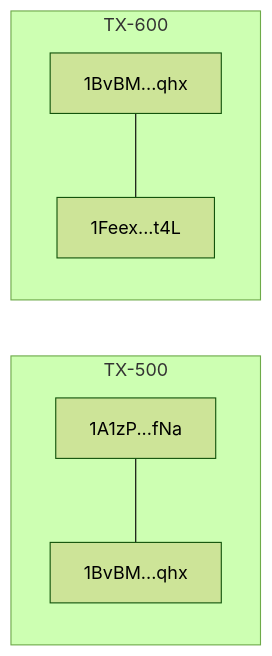
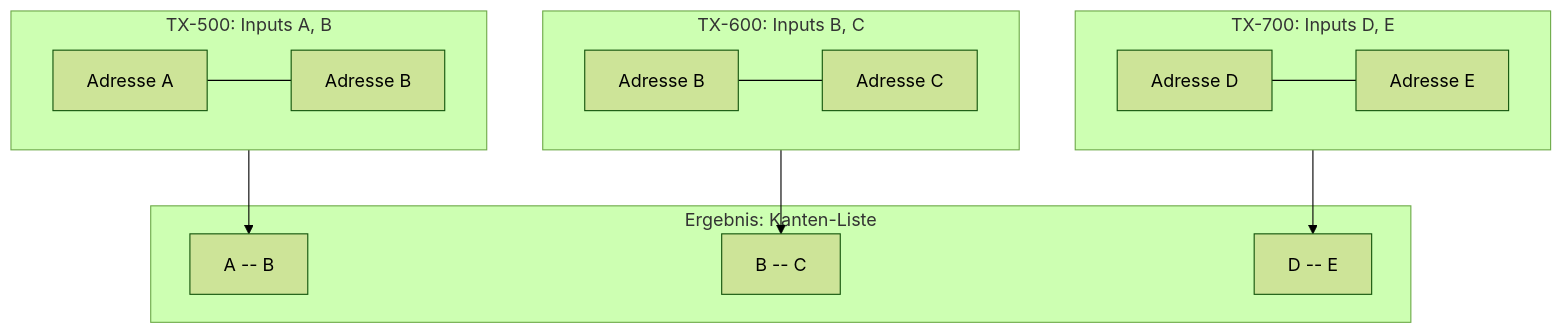
Diagram 11 of 15 in docs/architecture.md (RomanRnlt/bitcoin-whale-intelligence), drawn with Mermaid (forest theme) before and after one commit. The commit also changed other lines of this file and 4 other files, not shown here.

````diff
--- a/docs/architecture.md
+++ b/docs/architecture.md
@@ -155,9 +431,24 @@
 ```mermaid
-graph LR
-    subgraph TX-500["TX-500"]
-        A["1A1zP...fNa"] --- B["1BvBM...qhx"]
+flowchart TB
+    subgraph tx1["TX-500: Inputs A, B"]
+        A1["Adresse A"] --- B1["Adresse B"]
     end
-    subgraph TX-600["TX-600"]
-        B2["1BvBM...qhx"] --- C["1Feex...t4L"]
+
+    subgraph tx2["TX-600: Inputs B, C"]
+        B2["Adresse B"] --- C2["Adresse C"]
     end
+
+    subgraph tx3["TX-700: Inputs D, E"]
+        D3["Adresse D"] --- E3["Adresse E"]
+    end
+
+    subgraph edges["Ergebnis: Kanten-Liste"]
+        E1["A -- B"]
+        E2["B -- C"]
+        E3b["D -- E"]
+    end
+
+    tx1 --> E1
+    tx2 --> E2
+    tx3 --> E3b
 ```
````
